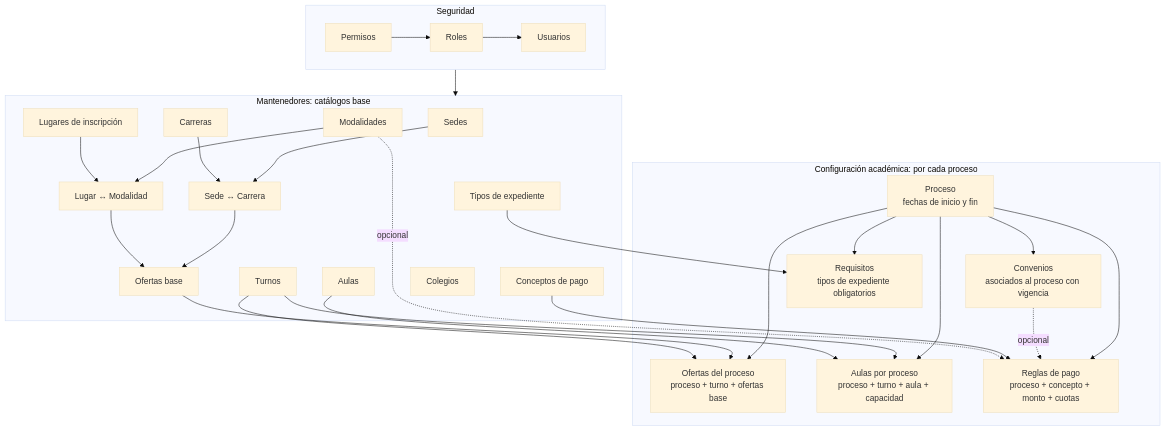
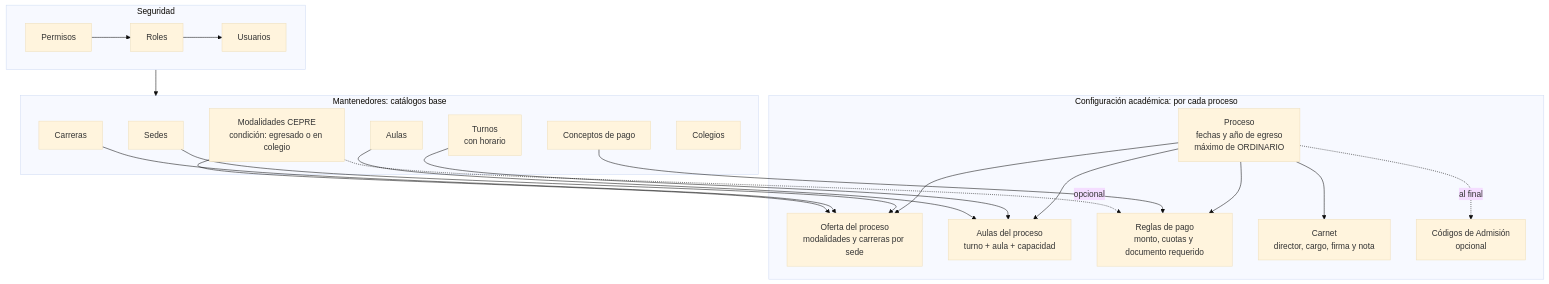
The third of 11 diagrams in FLUJO_PROCESOS_CEPRE.md (soujamt/cepre-unu), drawn with Mermaid (base theme) before and after one commit. The commit also changed other lines of this file, not shown here.

````diff
--- a/FLUJO_PROCESOS_CEPRE.md
+++ b/FLUJO_PROCESOS_CEPRE.md
@@ -88,38 +92,33 @@
 ```mermaid
 flowchart TD
     subgraph SEG["Seguridad"]
         S1[Permisos] --> S2[Roles] --> S3[Usuarios]
     end
 
     subgraph MAN["Mantenedores: catálogos base"]
-        M1[Sedes] --> M3["Sede ↔ Carrera"]
-        M2[Carreras] --> M3
-        M4[Modalidades] --> M6["Lugar ↔ Modalidad"]
-        M5[Lugares de inscripción] --> M6
-        M3 --> M7[Ofertas base]
-        M6 --> M7
-        M8[Turnos]
-        M9[Aulas]
-        M10[Conceptos de pago]
-        M11[Tipos de expediente]
-        M12[Colegios]
+        M1[Sedes]
+        M2[Carreras]
+        M3["Modalidades CEPRE<br/>condición: egresado o en colegio"]
+        M4["Turnos<br/>con horario"]
+        M5[Aulas]
+        M6[Conceptos de pago]
+        M7[Colegios]
     end
 
     subgraph CFG["Configuración académica: por cada proceso"]
-        C1["Proceso<br/>fechas de inicio y fin"] --> C2["Ofertas del proceso<br/>proceso + turno + ofertas base"]
-        C1 --> C3["Aulas por proceso<br/>proceso + turno + aula + capacidad"]
-        C1 --> C4["Convenios<br/>asociados al proceso con vigencia"]
-        C1 --> C5["Reglas de pago<br/>proceso + concepto + monto + cuotas"]
-        C4 -.opcional.-> C5
-        C1 --> C6["Requisitos<br/>tipos de expediente obligatorios"]
+        C1["Proceso<br/>fechas y año de egreso<br/>máximo de ORDINARIO"] --> C2["Oferta del proceso<br/>modalidades y carreras por sede"]
+        C1 --> C3["Aulas del proceso<br/>turno + aula + capacidad"]
+        C1 --> C4["Reglas de pago<br/>monto, cuotas y documento requerido"]
+        C1 --> C5["Carnet<br/>director, cargo, firma y nota"]
+        C1 -.al final.-> C6["Códigos de Admisión<br/>opcional"]
     end
 
     SEG --> MAN
-    M7 --> C2
-    M8 --> C2
-    M8 --> C3
-    M9 --> C3
-    M10 --> C5
-    M4 -.opcional.-> C5
-    M11 --> C6
+    M1 --> C2
+    M2 --> C2
+    M3 --> C2
+    M4 --> C3
+    M5 --> C3
+    M6 --> C4
+    M3 -.opcional.-> C4
 ```
````
